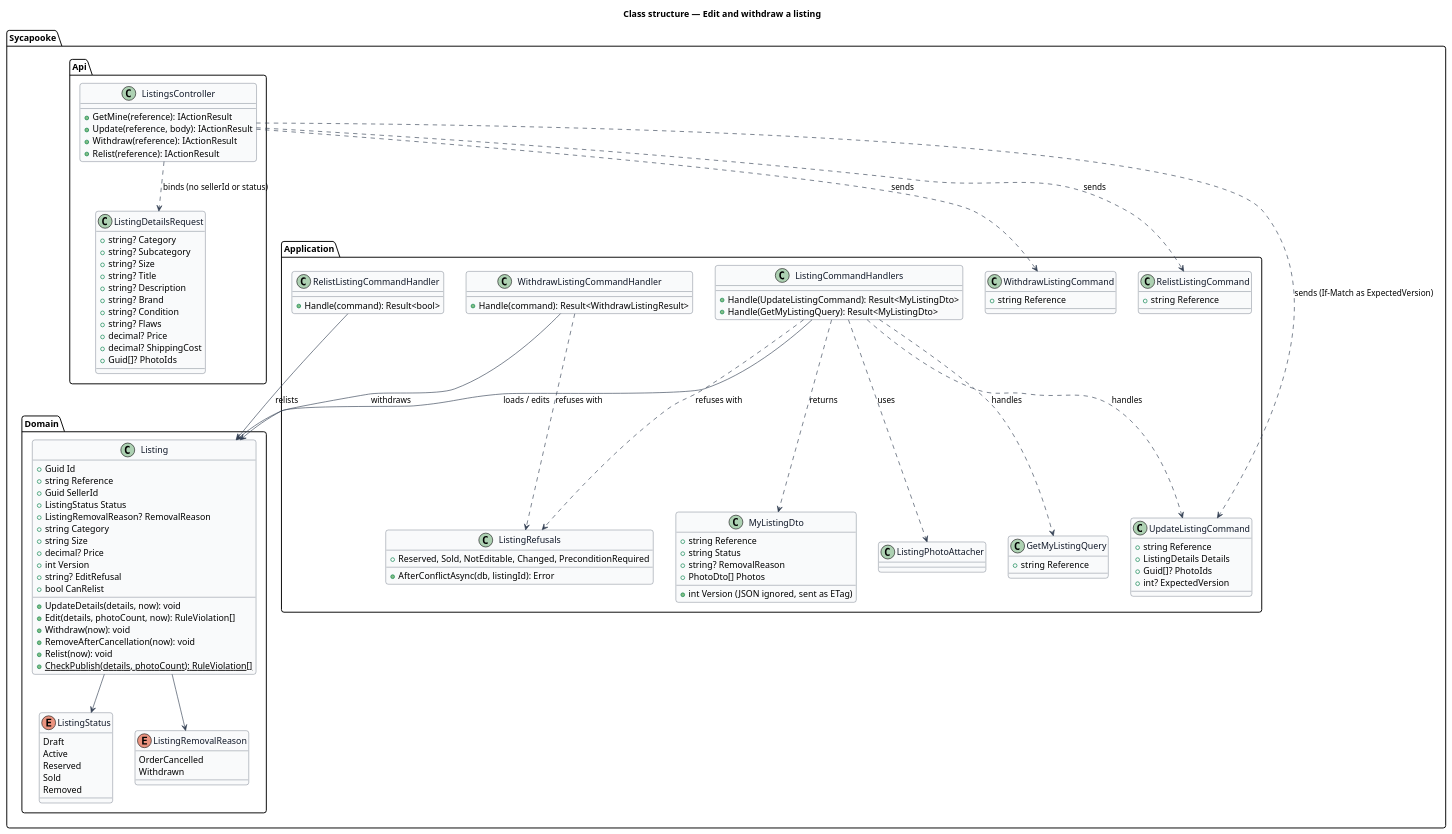
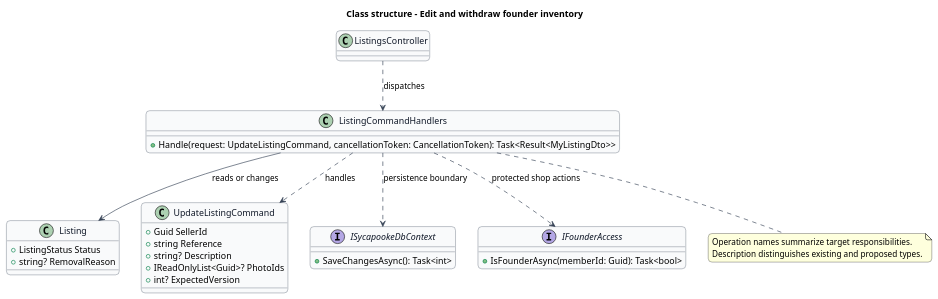
One commit to QuinntyneBrown/sycapooke changed the diagram in docs/detailed-designs/listings/edit-and-withdraw-listing/diagrams/class-structure.puml. Above: the diagram before and after it, drawn with PlantUML. The commit also changed 860 other files, not shown here.

First line of the commit message:
Align detailed designs and estimates with the founder-only shop

```diff
--- a/docs/detailed-designs/listings/edit-and-withdraw-listing/diagrams/class-structure.puml
+++ b/docs/detailed-designs/listings/edit-and-withdraw-listing/diagrams/class-structure.puml
@@ -1,124 +1,44 @@
 @startuml
 skinparam backgroundColor #FFFFFF
 skinparam shadowing false
-skinparam roundcorner 8
+skinparam roundcorner 12
 skinparam defaultFontName Arial
 skinparam ArrowColor #344054
+title Class structure - Edit and withdraw founder inventory
 skinparam class {
-  BorderColor #344054
-  FontColor #101828
-  BackgroundColor #F9FAFB
+ BorderColor #344054
+ FontColor #101828
+ BackgroundColor #F9FAFB
 }
-title Class structure — Edit and withdraw a listing
-
-package "Sycapooke.Domain" {
-  enum ListingStatus {
-    Draft
-    Active
-    Reserved
-    Sold
-    Removed
-  }
-  enum ListingRemovalReason {
-    OrderCancelled
-    Withdrawn
-  }
-  class Listing {
-    +Guid Id
-    +string Reference
-    +Guid SellerId
-    +ListingStatus Status
-    +ListingRemovalReason? RemovalReason
-    +string Category
-    +string Size
-    +decimal? Price
-    +int Version
-    +string? EditRefusal
-    +bool CanRelist
-    +UpdateDetails(details, now): void
-    +Edit(details, photoCount, now): RuleViolation[]
-    +Withdraw(now): void
-    +RemoveAfterCancellation(now): void
-    +Relist(now): void
-    +{static} CheckPublish(details, photoCount): RuleViolation[]
-  }
+class "ListingsController" as Entry {
 }
-
-package "Sycapooke.Application" {
-  class GetMyListingQuery {
-    +string Reference
-  }
-  class MyListingDto {
-    +string Reference
-    +string Status
-    +string? RemovalReason
-    +PhotoDto[] Photos
-    +int Version (JSON ignored, sent as ETag)
-  }
-  class UpdateListingCommand {
-    +string Reference
-    +ListingDetails Details
-    +Guid[]? PhotoIds
-    +int? ExpectedVersion
-  }
-  class WithdrawListingCommand {
-    +string Reference
-  }
-  class RelistListingCommand {
-    +string Reference
-  }
-  class ListingCommandHandlers {
-    +Handle(UpdateListingCommand): Result<MyListingDto>
-    +Handle(GetMyListingQuery): Result<MyListingDto>
-  }
-  class WithdrawListingCommandHandler {
-    +Handle(command): Result<WithdrawListingResult>
-  }
-  class RelistListingCommandHandler {
-    +Handle(command): Result<bool>
-  }
-  class ListingRefusals {
-    +Reserved, Sold, NotEditable, Changed, PreconditionRequired
-    +AfterConflictAsync(db, listingId): Error
-  }
-  class ListingPhotoAttacher
+class "ListingCommandHandlers" as Handler {
+ +Handle(request: UpdateListingCommand, cancellationToken: CancellationToken): Task<Result<MyListingDto>>
 }
-
-package "Sycapooke.Api" {
-  class ListingsController {
-    +GetMine(reference): IActionResult
-    +Update(reference, body): IActionResult
-    +Withdraw(reference): IActionResult
-    +Relist(reference): IActionResult
-  }
-  class ListingDetailsRequest {
-    +string? Category
-    +string? Subcategory
-    +string? Size
-    +string? Title
-    +string? Description
-    +string? Brand
-    +string? Condition
-    +string? Flaws
-    +decimal? Price
-    +decimal? ShippingCost
-    +Guid[]? PhotoIds
-  }
+class "Listing" as Model {
+ +ListingStatus Status
+ +string? RemovalReason
 }
-
-ListingsController ..> ListingDetailsRequest : binds (no sellerId or status)
-ListingsController ..> UpdateListingCommand : sends (If-Match as ExpectedVersion)
-ListingsController ..> WithdrawListingCommand : sends
-ListingsController ..> RelistListingCommand : sends
-ListingCommandHandlers ..> UpdateListingCommand : handles
-ListingCommandHandlers ..> GetMyListingQuery : handles
-ListingCommandHandlers --> Listing : loads / edits
-ListingCommandHandlers ..> ListingPhotoAttacher : uses
-ListingCommandHandlers ..> ListingRefusals : refuses with
-WithdrawListingCommandHandler --> Listing : withdraws
-WithdrawListingCommandHandler ..> ListingRefusals : refuses with
-RelistListingCommandHandler --> Listing : relists
-Listing --> ListingStatus
-Listing --> ListingRemovalReason
-ListingCommandHandlers ..> MyListingDto : returns
+class "UpdateListingCommand" as Request {
+ +Guid SellerId
+ +string Reference
+ +string? Description
+ +IReadOnlyList<Guid>? PhotoIds
+ +int? ExpectedVersion
+}
+Handler ..> Request : handles
+Entry ..> Handler : dispatches
+Handler --> Model : reads or changes
+interface ISycapookeDbContext {
+ +SaveChangesAsync(): Task<int>
+}
+Handler ..> ISycapookeDbContext : persistence boundary
+interface IFounderAccess {
+ +IsFounderAsync(memberId: Guid): Task<bool>
+}
+Handler ..> IFounderAccess : protected shop actions
+note bottom of Handler
+Operation names summarize target responsibilities.
+Description distinguishes existing and proposed types.
+end note
 @enduml
```
